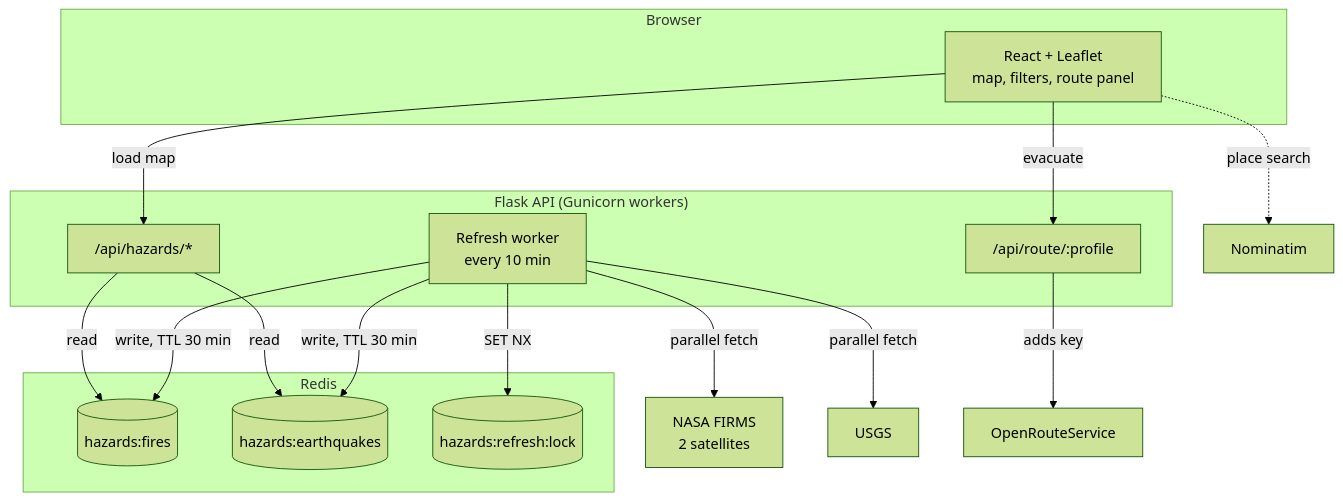
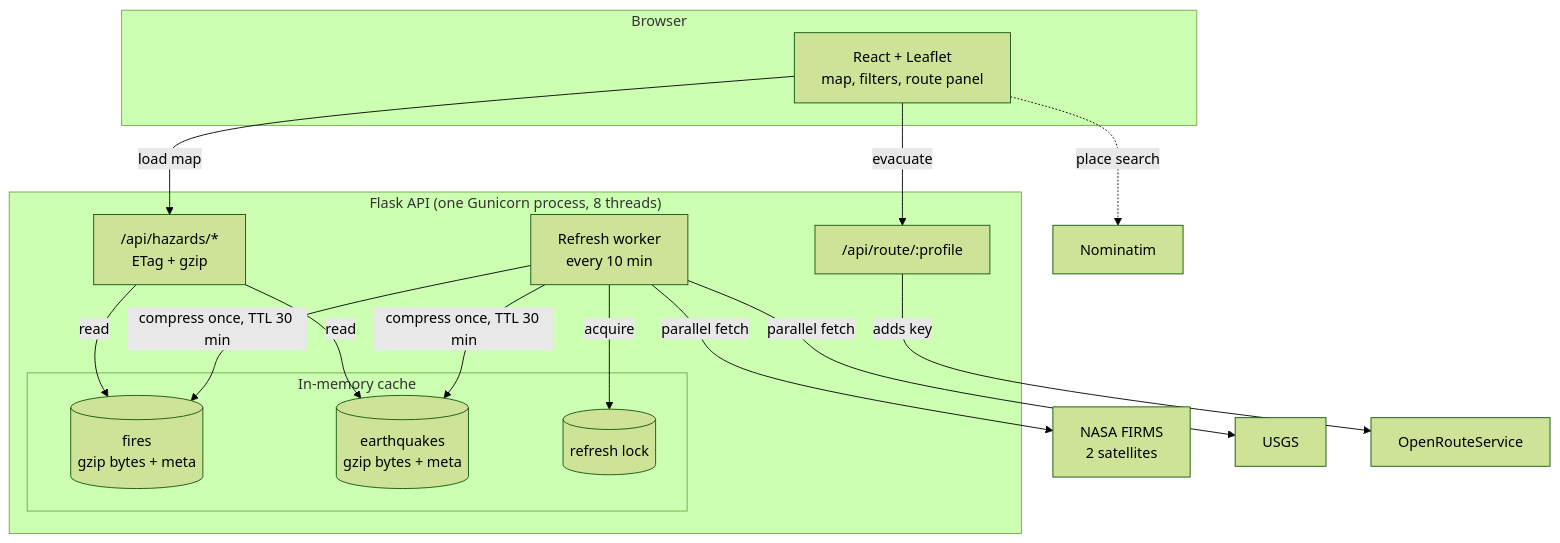
One commit to Jap-Sidhu/safe-route changed the diagram in README.md. Above: the diagram before and after it, drawn with Mermaid (forest theme). The commit also changed other lines of this file and 52 other files, not shown here.

````diff
--- a/README.md
+++ b/README.md
@@ -33,27 +40,26 @@
 ```mermaid
 flowchart TB
     subgraph Client["Browser"]
         UI["React + Leaflet<br/>map, filters, route panel"]
     end
 
-    subgraph Server["Flask API (Gunicorn workers)"]
-        H["/api/hazards/*"]
+    subgraph Server["Flask API (one Gunicorn process, 8 threads)"]
+        H["/api/hazards/*<br/>ETag + gzip"]
         RT["/api/route/:profile"]
         W["Refresh worker<br/>every 10 min"]
-    end
-
-    subgraph Store["Redis"]
-        F[("hazards:fires")]
-        Q[("hazards:earthquakes")]
-        LK[("hazards:refresh:lock")]
+        subgraph Mem["In-memory cache"]
+            F[("fires<br/>gzip bytes + meta")]
+            Q[("earthquakes<br/>gzip bytes + meta")]
+            LK[("refresh lock")]
+        end
     end
 
     UI -->|"load map"| H
     UI -->|"evacuate"| RT
     UI -.->|"place search"| NOM["Nominatim"]
     H -->|"read"| F & Q
-    W -->|"SET NX"| LK
+    W -->|"acquire"| LK
     W -->|"parallel fetch"| FIRMS["NASA FIRMS<br/>2 satellites"] & USGS["USGS"]
-    W -->|"write, TTL 30 min"| F & Q
+    W -->|"compress once, TTL 30 min"| F & Q
     RT -->|"adds key"| ORS["OpenRouteService"]
 ```
````
